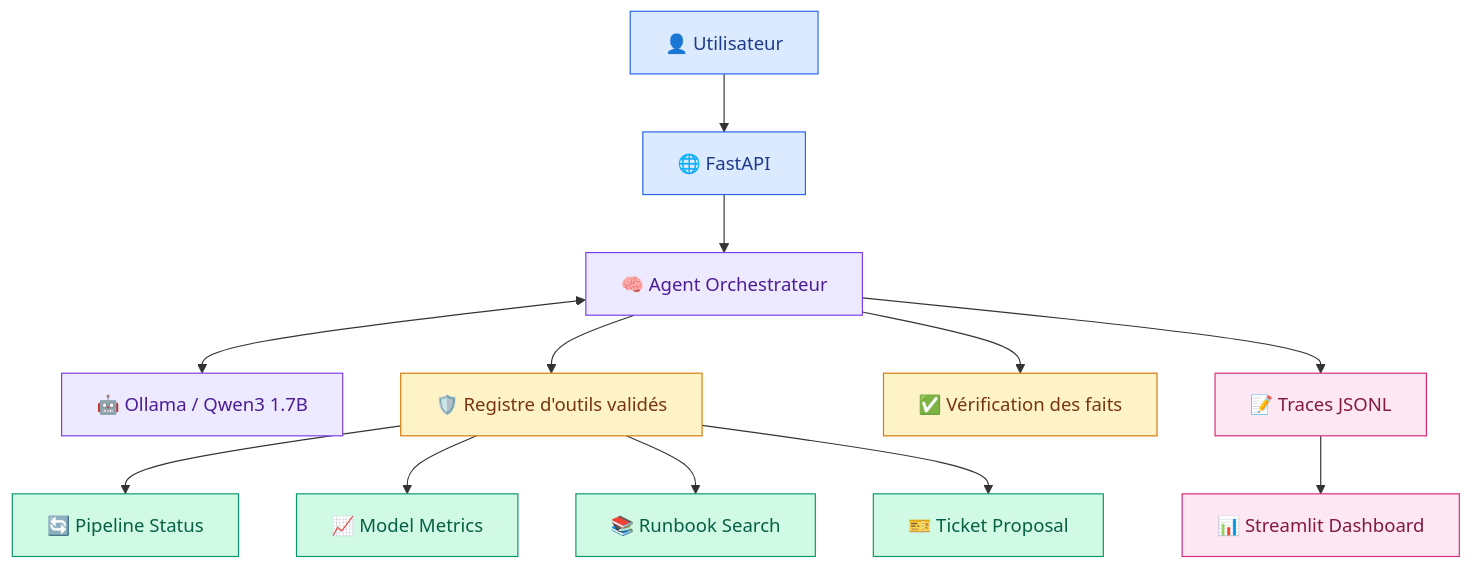
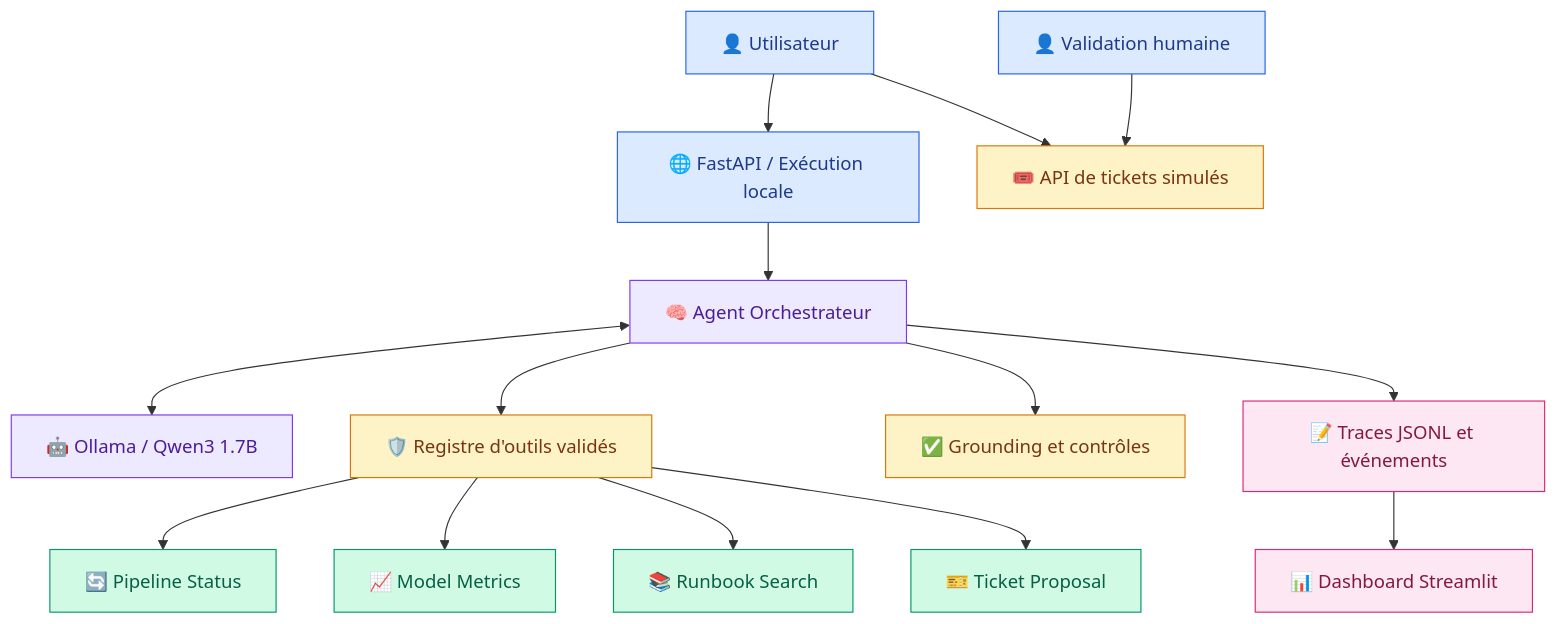
The diagram in README.md (HatimN-1/opsguard-ai), drawn with Mermaid before and after one commit. The commit also changed other lines of this file and 1 other file, not shown here.

````diff
--- a/README.md
+++ b/README.md
@@ -82,43 +112,49 @@
 ```mermaid
 flowchart TD
     U["👤 Utilisateur"]
-    API["🌐 FastAPI"]
+    API["🌐 FastAPI / Exécution locale"]
     AG["🧠 Agent Orchestrateur"]
     LLM["🤖 Ollama / Qwen3 1.7B"]
     REG["🛡️ Registre d'outils validés"]
 
     P["🔄 Pipeline Status"]
     M["📈 Model Metrics"]
     R["📚 Runbook Search"]
     T["🎫 Ticket Proposal"]
 
-    G["✅ Vérification des faits"]
-    O["📝 Traces JSONL"]
-    D["📊 Streamlit Dashboard"]
+    G["✅ Grounding et contrôles"]
+    O["📝 Traces JSONL et événements"]
+    D["📊 Dashboard Streamlit"]
+
+    H["👤 Validation humaine"]
+    TK["🎟️ API de tickets simulés"]
 
     U --> API
     API --> AG
     AG <--> LLM
     AG --> REG
 
     REG --> P
     REG --> M
     REG --> R
     REG --> T
 
     AG --> G
     AG --> O
     O --> D
 
+    U --> TK
+    H --> TK
+
     classDef user fill:#DBEAFE,stroke:#2563EB,color:#1E3A8A;
     classDef agent fill:#EDE9FE,stroke:#7C3AED,color:#4C1D95;
     classDef tools fill:#D1FAE5,stroke:#059669,color:#065F46;
     classDef safety fill:#FEF3C7,stroke:#D97706,color:#78350F;
     classDef dashboard fill:#FCE7F3,stroke:#DB2777,color:#831843;
 
-    class U,API user;
+    class U,API,H user;
     class AG,LLM agent;
     class P,M,R,T tools;
-    class REG,G safety;
+    class REG,G,TK safety;
     class O,D dashboard;
 ```
````
